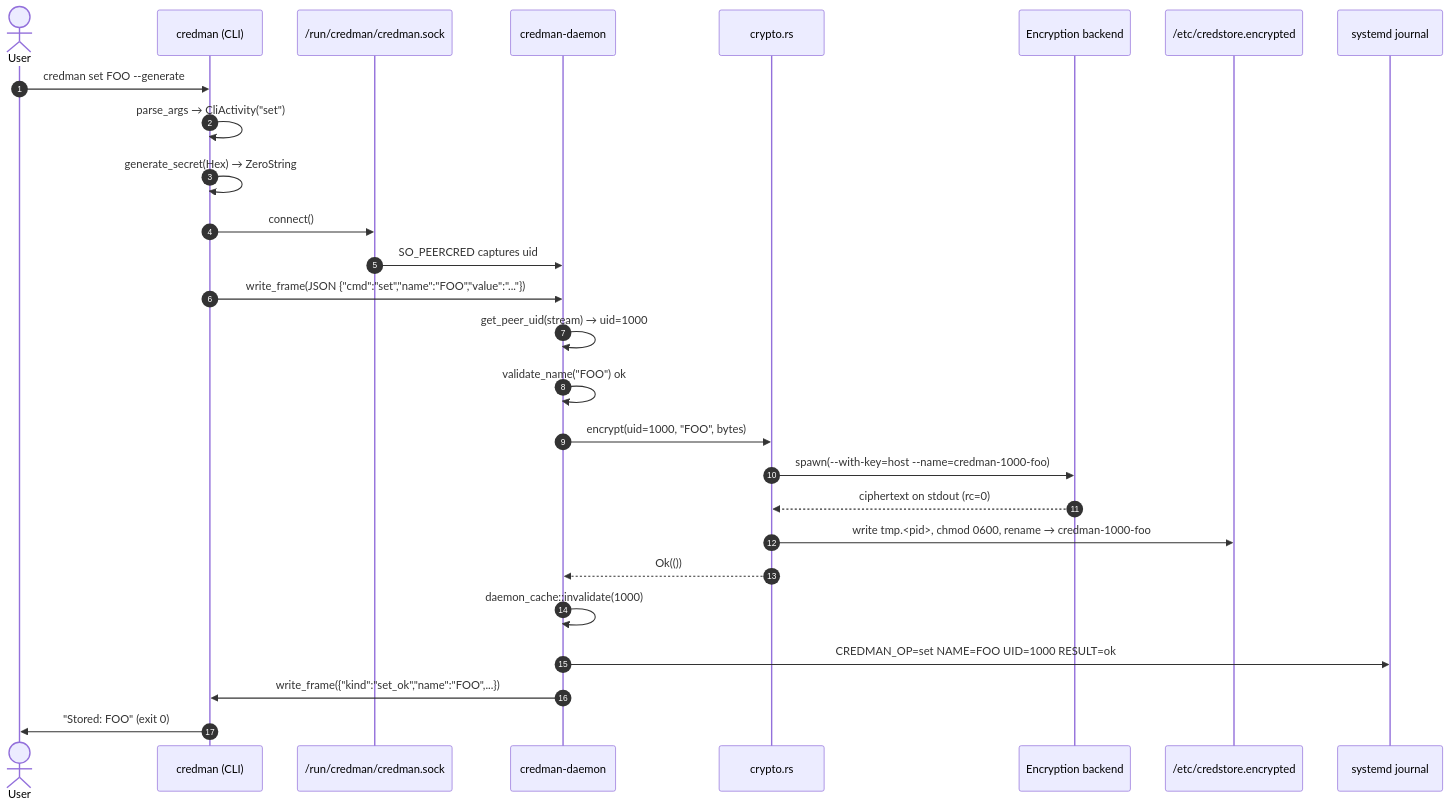
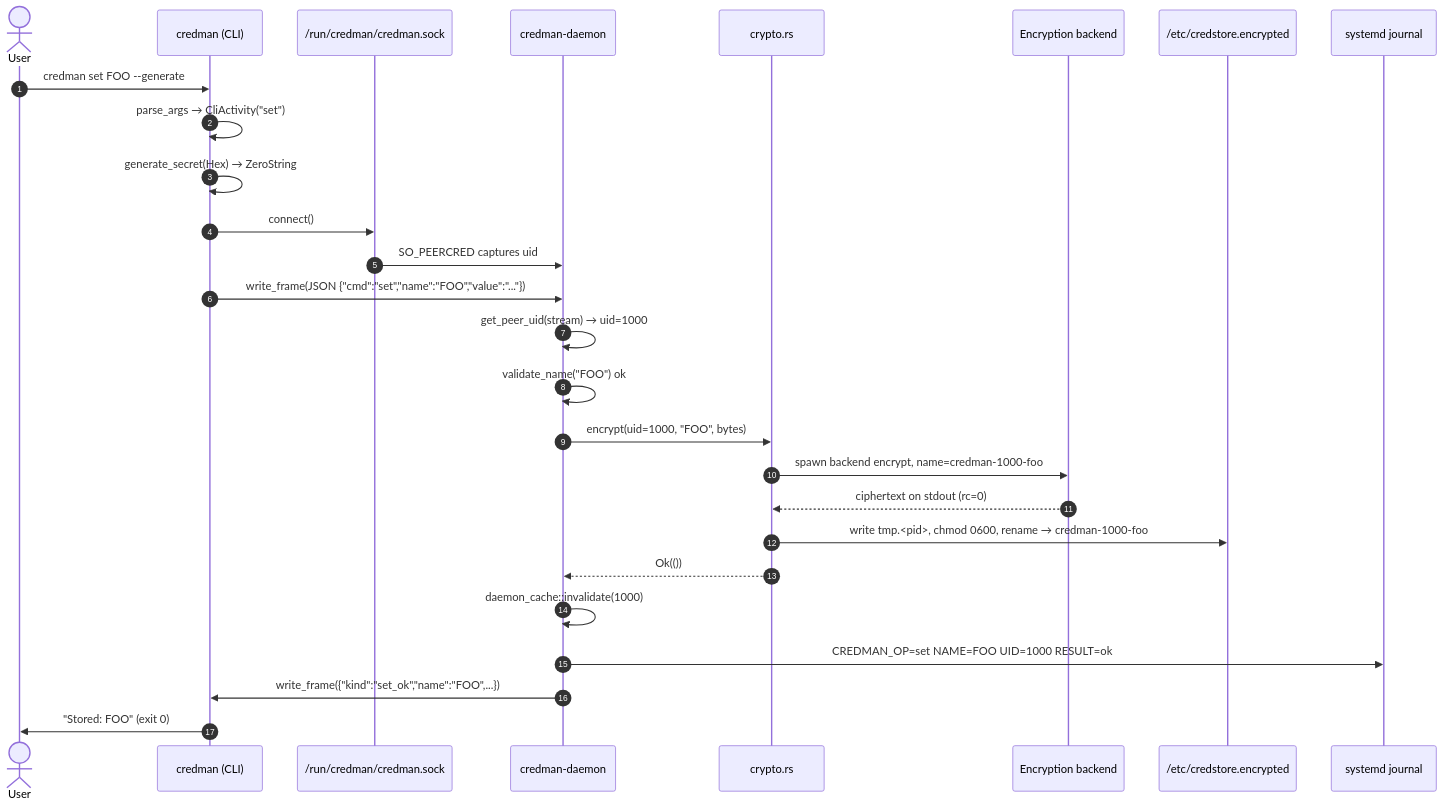
Before and after one commit to justdoGIT/kepr: the second of 7 diagrams in DOCS.md, drawn with Mermaid. The commit also changed other lines of this file and 4 other files, not shown here.

First line of the commit message:
credman: consolidate docs; drop ARCHITECTURE.md and FILE_LAYOUT.md

````diff
--- a/DOCS.md
+++ b/DOCS.md
@@ -253,30 +253,30 @@
 ```mermaid
 sequenceDiagram
     autonumber
     actor U as User
     participant CLI as credman (CLI)
     participant SOCK as /run/credman/credman.sock
     participant D as credman-daemon
     participant CR as crypto.rs
     participant BE as Encryption backend
     participant FS as /etc/credstore.encrypted
     participant J as systemd journal
 
     U->>CLI: credman set FOO --generate
     CLI->>CLI: parse_args → CliActivity("set")
     CLI->>CLI: generate_secret(Hex) → ZeroString
     CLI->>SOCK: connect()
     SOCK->>D: SO_PEERCRED captures uid
     CLI->>D: write_frame(JSON {"cmd":"set","name":"FOO","value":"..."})
     D->>D: get_peer_uid(stream) → uid=1000
     D->>D: validate_name("FOO") ok
     D->>CR: encrypt(uid=1000, "FOO", bytes)
-    CR->>BE: spawn(--with-key=host --name=credman-1000-foo)
+    CR->>BE: spawn backend encrypt, name=credman-1000-foo
     BE-->>CR: ciphertext on stdout (rc=0)
     CR->>FS: write tmp.<pid>, chmod 0600, rename → credman-1000-foo
     CR-->>D: Ok(())
     D->>D: daemon_cache::invalidate(1000)
     D->>J: CREDMAN_OP=set NAME=FOO UID=1000 RESULT=ok
     D->>CLI: write_frame({"kind":"set_ok","name":"FOO",...})
     CLI->>U: "Stored: FOO"  (exit 0)
 ```
````
